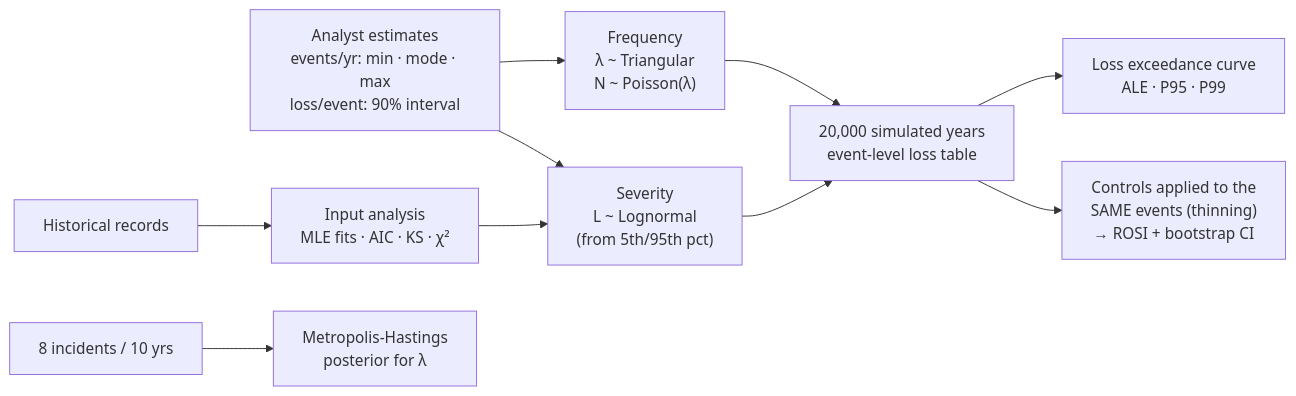
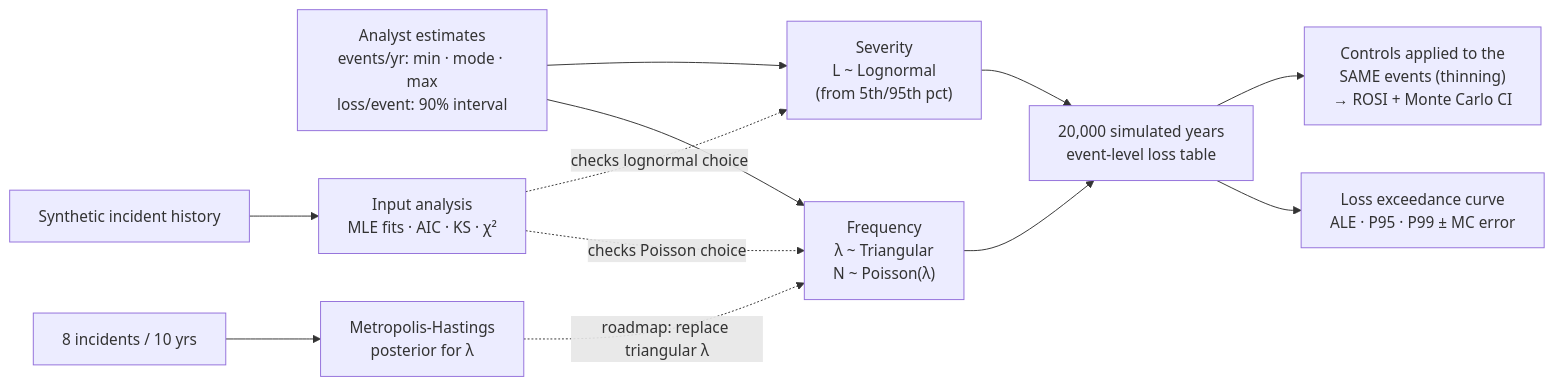
The diagram in README.md (casildata/cyber-risk-monte-carlo), drawn with Mermaid before and after one commit. The commit also changed other lines of this file and 10 other files, not shown here.

First line of the commit message:
Clarify Monte Carlo intervals, isolate MCMC bugs, add framework mapping

````diff
--- a/README.md
+++ b/README.md
@@ -35,11 +37,14 @@
 ```mermaid
 flowchart LR
     A["Analyst estimates<br/>events/yr: min · mode · max<br/>loss/event: 90% interval"] --> B["Frequency<br/>λ ~ Triangular<br/>N ~ Poisson(λ)"]
     A --> C["Severity<br/>L ~ Lognormal<br/>(from 5th/95th pct)"]
-    H["Historical records"] --> F["Input analysis<br/>MLE fits · AIC · KS · χ²"] --> C
     B --> D["20,000 simulated years<br/>event-level loss table"]
     C --> D
-    D --> E["Loss exceedance curve<br/>ALE · P95 · P99"]
-    D --> G["Controls applied to the<br/>SAME events (thinning)<br/>→ ROSI + bootstrap CI"]
+    D --> E["Loss exceedance curve<br/>ALE · P95 · P99 ± MC error"]
+    D --> G["Controls applied to the<br/>SAME events (thinning)<br/>→ ROSI + Monte Carlo CI"]
+    H["Synthetic incident history"] --> F["Input analysis<br/>MLE fits · AIC · KS · χ²"]
+    F -.->|checks Poisson choice| B
+    F -.->|checks lognormal choice| C
     P["8 incidents / 10 yrs"] --> M["Metropolis-Hastings<br/>posterior for λ"]
+    M -.->|roadmap: replace triangular λ| B
 ```
````
